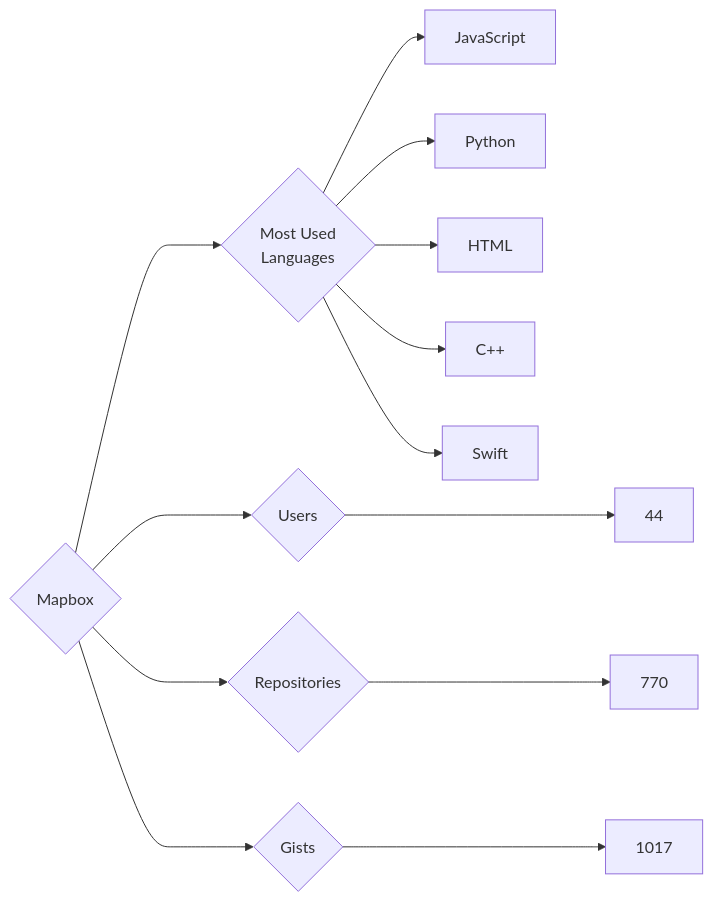
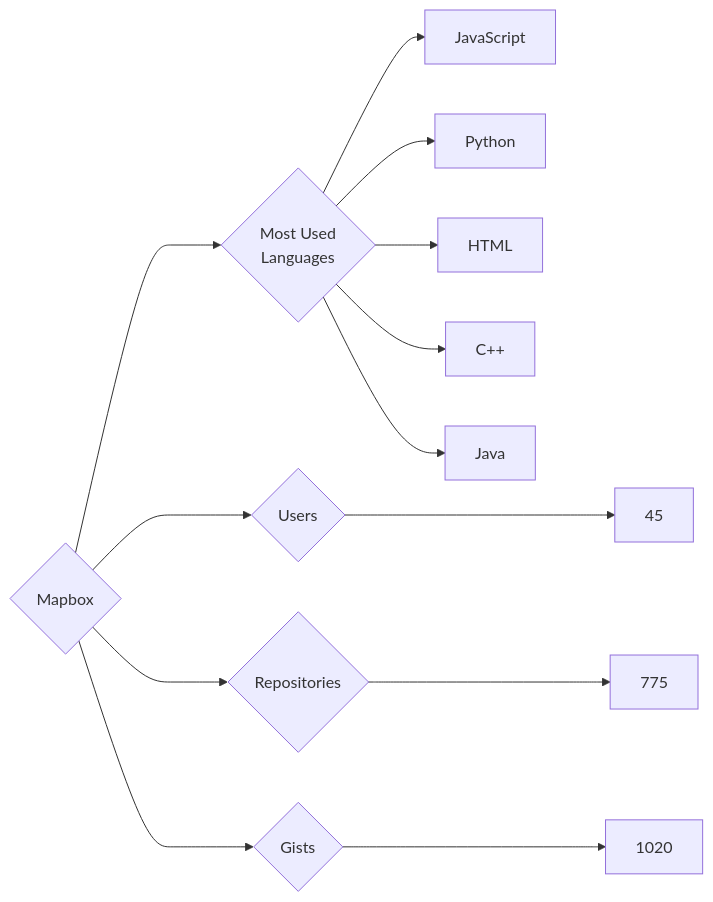
The diagram in targets/Mapbox/README.md (trickest/insiders), drawn with Mermaid before and after one commit. The commit also changed 1389 other files, not shown here.

````diff
--- a/targets/Mapbox/README.md
+++ b/targets/Mapbox/README.md
@@ -3,13 +3,13 @@
 ```mermaid
 graph LR
 COMPANY_NAME{Mapbox}
-COMPANY_NAME ---> U{Users} ---> UN[44]
-COMPANY_NAME ---> R{Repositories} ---> RN[770]
-COMPANY_NAME ---> G{Gists} ---> GN[1017]
+COMPANY_NAME ---> U{Users} ---> UN[45]
+COMPANY_NAME ---> R{Repositories} ---> RN[775]
+COMPANY_NAME ---> G{Gists} ---> GN[1020]
 COMPANY_NAME ---> ML{Most Used<br>Languages}
 ML --> JavaScript[JavaScript]
 ML --> Python[Python]
 ML --> HTML[HTML]
 ML --> C++[C++]
-ML --> Swift[Swift]
+ML --> Java[Java]
 ```
````
